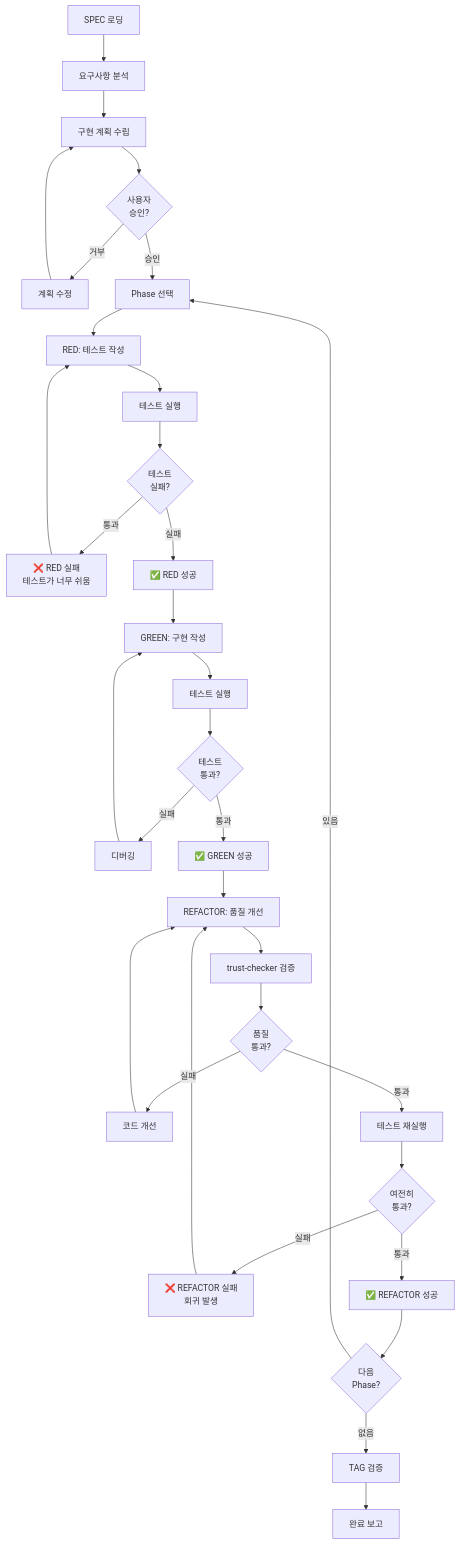
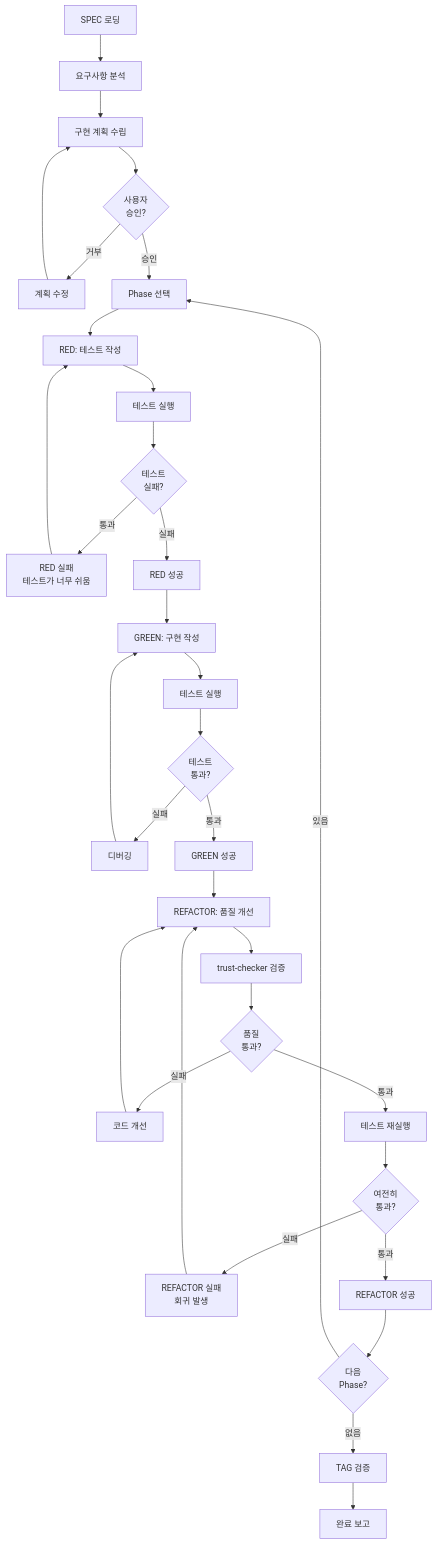
Before and after one commit to modu-ai/moai-adk: the seventh of 7 diagrams in docs/claude/agents/code-builder.md, drawn with Mermaid. The commit also changed other lines of this file and 19 other files, not shown here.

First line of the commit message:
🎨 fix: docs 전체 Mermaid 다이어그램 특수문자 오류 수정 (19개 파일)

````diff
--- a/docs/claude/agents/code-builder.md
+++ b/docs/claude/agents/code-builder.md
@@ -977,51 +977,51 @@
 ```mermaid
 flowchart TD
     A[SPEC 로딩] --> B[요구사항 분석]
     B --> C[구현 계획 수립]
     C --> D{사용자<br/>승인?}
 
     D -->|거부| E[계획 수정]
     E --> C
 
     D -->|승인| F[Phase 선택]
 
     F --> G[RED: 테스트 작성]
     G --> H[테스트 실행]
     H --> I{테스트<br/>실패?}
 
-    I -->|통과| J[❌ RED 실패<br/>테스트가 너무 쉬움]
+    I -->|통과| J["RED 실패<br/>테스트가 너무 쉬움"]
     J --> G
 
-    I -->|실패| K[✅ RED 성공]
+    I -->|실패| K["RED 성공"]
     K --> L[GREEN: 구현 작성]
 
     L --> M[테스트 실행]
     M --> N{테스트<br/>통과?}
 
     N -->|실패| O[디버깅]
     O --> L
 
-    N -->|통과| P[✅ GREEN 성공]
+    N -->|통과| P["GREEN 성공"]
     P --> Q[REFACTOR: 품질 개선]
 
     Q --> R[trust-checker 검증]
     R --> S{품질<br/>통과?}
 
     S -->|실패| T[코드 개선]
     T --> Q
 
     S -->|통과| U[테스트 재실행]
     U --> V{여전히<br/>통과?}
 
-    V -->|실패| W[❌ REFACTOR 실패<br/>회귀 발생]
+    V -->|실패| W["REFACTOR 실패<br/>회귀 발생"]
     W --> Q
 
-    V -->|통과| X[✅ REFACTOR 성공]
+    V -->|통과| X["REFACTOR 성공"]
     X --> Y{다음<br/>Phase?}
 
     Y -->|있음| F
     Y -->|없음| Z[TAG 검증]
 
     Z --> AA[완료 보고]
 
 ```
````
